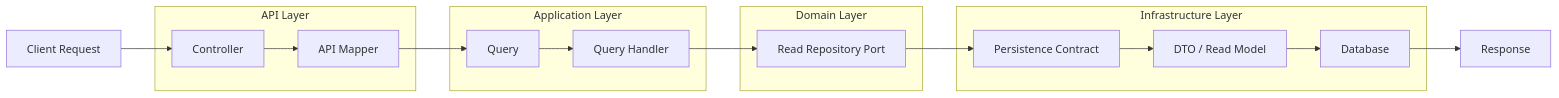
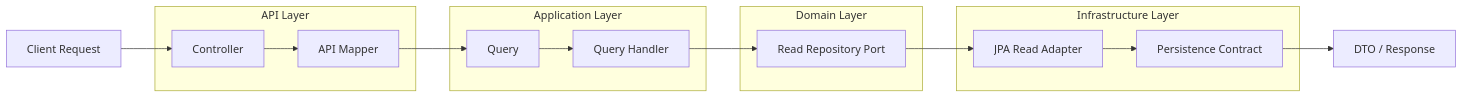
One commit to woojun-k/pabal changed the second of 3 diagrams in README.md. Above: the diagram before and after it, drawn with Mermaid. The commit also changed other lines of this file, not shown here.

````diff
--- a/README.md
+++ b/README.md
@@ -93,25 +107,24 @@
 ```mermaid
 flowchart LR
     A["Client Request"] --> B["Controller"]
 
     subgraph API["API Layer"]
         B --> C["API Mapper"]
     end
 
     subgraph APP["Application Layer"]
         C --> D["Query"]
         D --> E["Query Handler"]
     end
 
     subgraph DOMAIN["Domain Layer"]
         E --> F["Read Repository Port"]
     end
 
     subgraph INFRA["Infrastructure Layer"]
-        F --> G["Persistence Contract"]
-        G --> H["DTO / Read Model"]
-        H --> I["Database"]
+        F --> G["JPA Read Adapter"]
+        G --> H["Persistence Contract"]
     end
 
-    I --> J["Response"]
+    H --> I["DTO / Response"]
 ```
````
